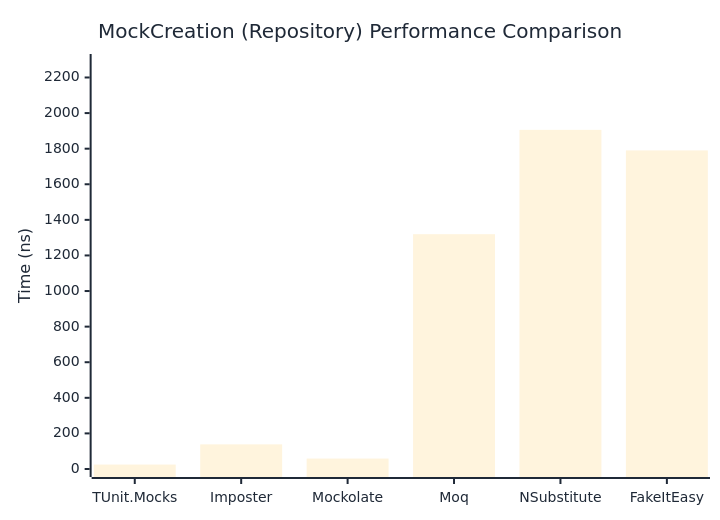
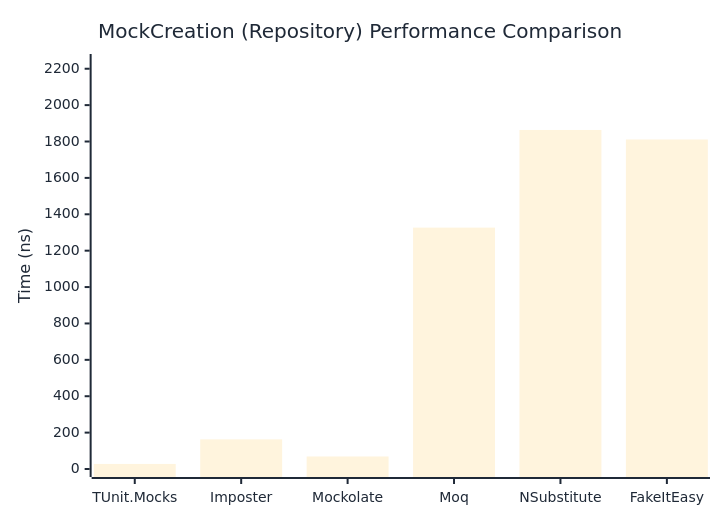
One commit to weiyilai/TUnit changed the second of 2 diagrams in docs/docs/benchmarks/mocks/MockCreation.md. Above: the diagram before and after it, drawn with Mermaid. The commit also changed other lines of this file and 14 other files, not shown here.

````diff
--- a/docs/docs/benchmarks/mocks/MockCreation.md
+++ b/docs/docs/benchmarks/mocks/MockCreation.md
@@ -69,27 +69,27 @@
 ```mermaid
 %%{init: {
   'theme':'base',
   'themeVariables': {
     'primaryColor': '#2563eb',
     'primaryTextColor': '#1f2937',
     'primaryBorderColor': '#1e40af',
     'lineColor': '#6b7280',
     'secondaryColor': '#7c3aed',
     'tertiaryColor': '#dc2626',
     'background': '#ffffff',
     'pie1': '#2563eb',
     'pie2': '#7c3aed',
     'pie3': '#dc2626',
     'pie4': '#f59e0b',
     'pie5': '#10b981',
     'pie6': '#06b6d4',
     'pie7': '#ec4899',
     'pie8': '#6366f1'
   }
 }}%%
 xychart-beta
   title "MockCreation (Repository) Performance Comparison"
   x-axis ["TUnit.Mocks", "Imposter", "Mockolate", "Moq", "NSubstitute", "FakeItEasy"]
-  y-axis "Time (ns)" 0 --> 2287
-  bar [24.98, 138.42, 58.65, 1319.41, 1905.74, 1790.17]
+  y-axis "Time (ns)" 0 --> 2237
+  bar [27.86, 162.9, 68.79, 1326.69, 1863.52, 1811.12]
 ```
````
